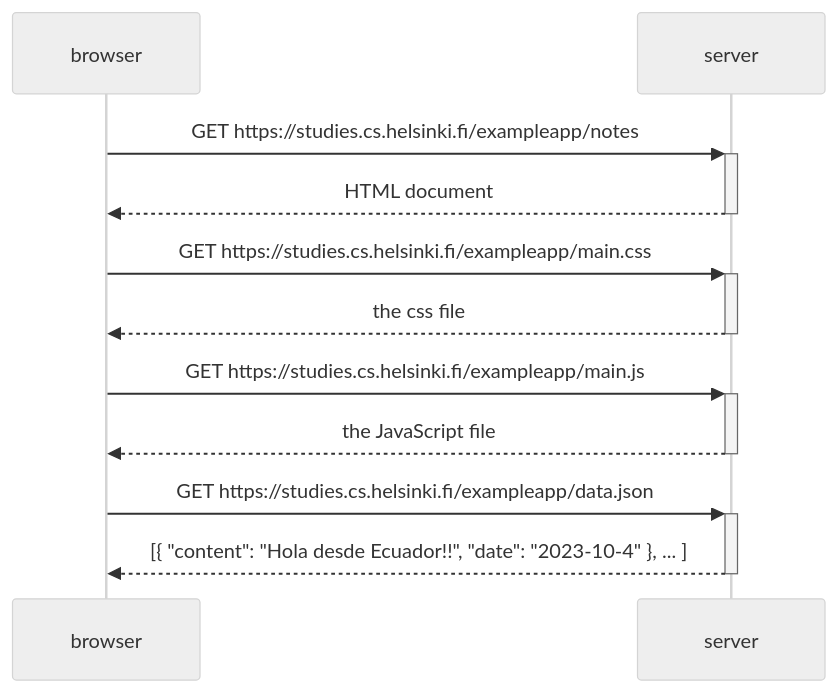
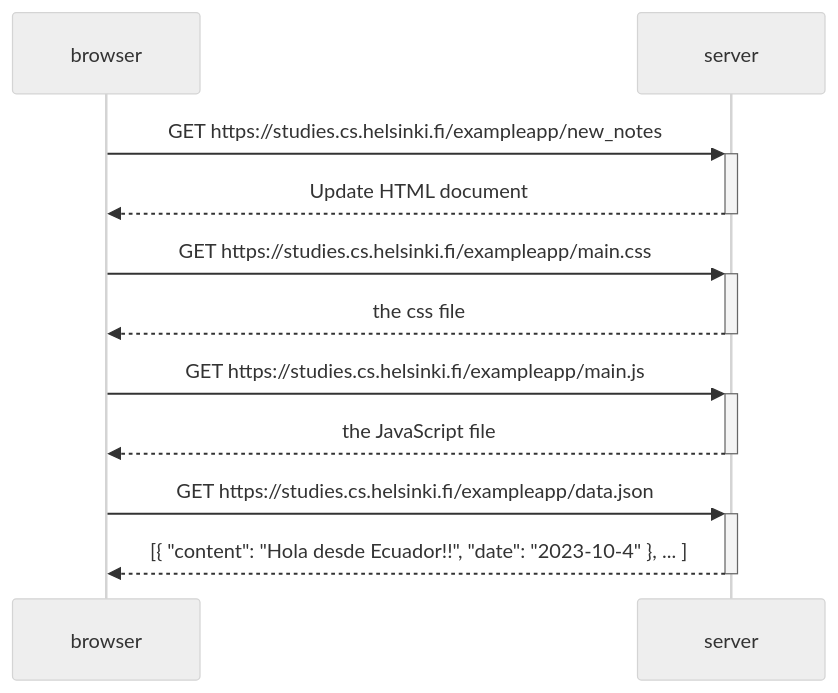
Before and after one commit to Tsuri-chan/Full-Stack-Course: the diagram in Part0/Exercise 0.4.md, drawn with Mermaid (neutral theme). The commit also changed other lines of this file, not shown here.

Commit message:
Update Exercise 0.4.md

````diff
--- a/Part0/Exercise 0.4.md
+++ b/Part0/Exercise 0.4.md
@@ -4,18 +4,18 @@
 ```mermaid
 sequenceDiagram;
     participant browser
     participant server
 
-    browser->>+server: GET https://studies.cs.helsinki.fi/exampleapp/notes;
-    server-->>-browser: HTML document
+    browser->>+server: GET https://studies.cs.helsinki.fi/exampleapp/new_notes;
+    server-->>-browser: Update HTML document
     
     browser->>+server: GET https://studies.cs.helsinki.fi/exampleapp/main.css
     server-->>-browser: the css file
     
     browser->>+server: GET https://studies.cs.helsinki.fi/exampleapp/main.js
     server-->>-browser: the JavaScript file
     
     browser->>+server: GET https://studies.cs.helsinki.fi/exampleapp/data.json
     server-->>-browser: [{ "content": "Hola desde Ecuador!!", "date": "2023-10-4" }, ... ]
   
 ```
````
